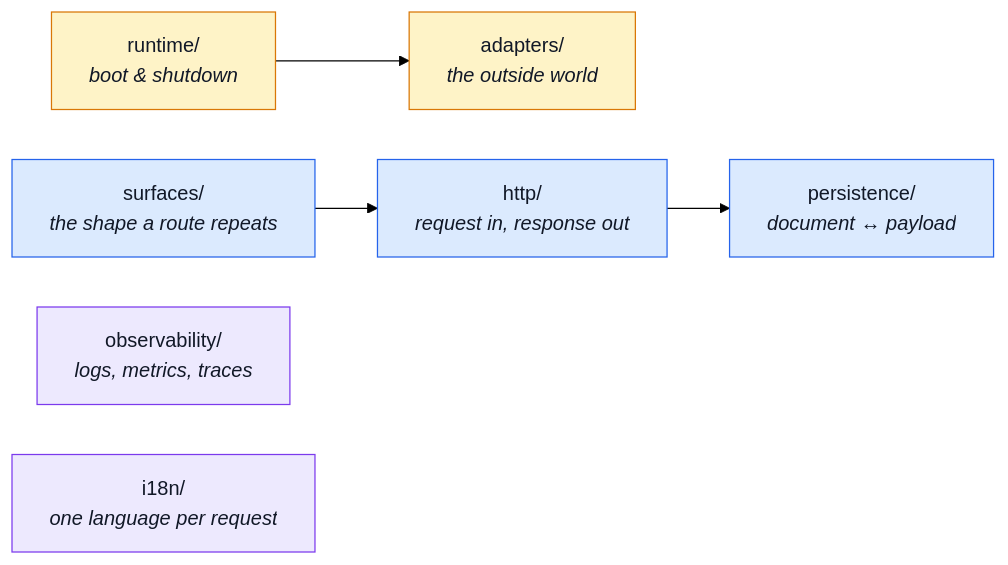
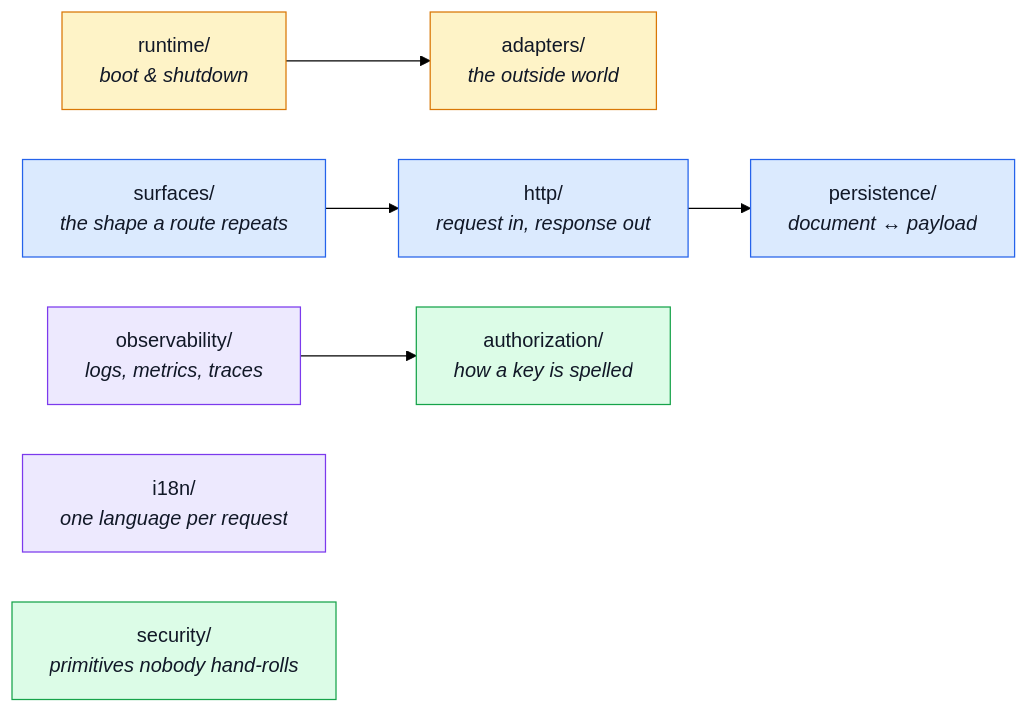
Before and after one commit to Guebbit/boilerplate-node-backend: the diagram in docs/reference/src-infrastructure.md, drawn with Mermaid (forest theme). The commit also changed other lines of this file, not shown here.

````diff
--- a/docs/reference/src-infrastructure.md
+++ b/docs/reference/src-infrastructure.md
@@ -13,16 +15,20 @@
 ```mermaid
 %%{init: {'flowchart': {'nodeSpacing': 40, 'rankSpacing': 50}}}%%
 flowchart LR
     Runtime["runtime/<br/><i>boot & shutdown</i>"] --> Adapters["adapters/<br/><i>the outside world</i>"]
     Surfaces["surfaces/<br/><i>the shape a route repeats</i>"] --> Http["http/<br/><i>request in, response out</i>"]
     Http --> Persist["persistence/<br/><i>document ↔ payload</i>"]
     Obs["observability/<br/><i>logs, metrics, traces</i>"]
     I18n["i18n/<br/><i>one language per request</i>"]
+    Obs --> Auth["authorization/<br/><i>how a key is spelled</i>"]
+    Sec["security/<br/><i>primitives nobody hand-rolls</i>"]
 
     classDef a fill:#fef3c7,stroke:#d97706,color:#111827;
     classDef b fill:#dbeafe,stroke:#2563eb,color:#111827;
     classDef c fill:#ede9fe,stroke:#7c3aed,color:#111827;
+    classDef d fill:#dcfce7,stroke:#16a34a,color:#111827;
     class Runtime,Adapters a;
     class Http,Persist,Surfaces b;
     class Obs,I18n c;
+    class Auth,Sec d;
 ```
````
